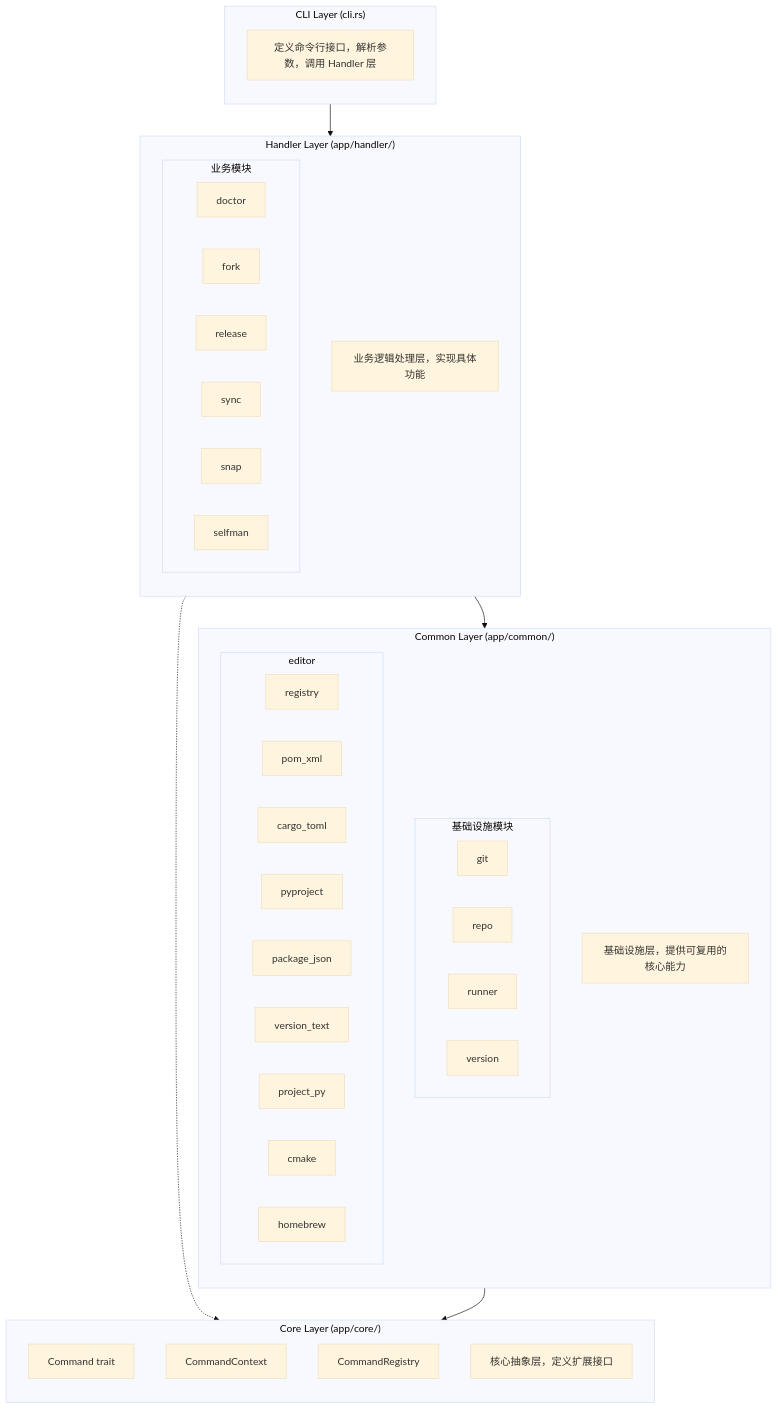
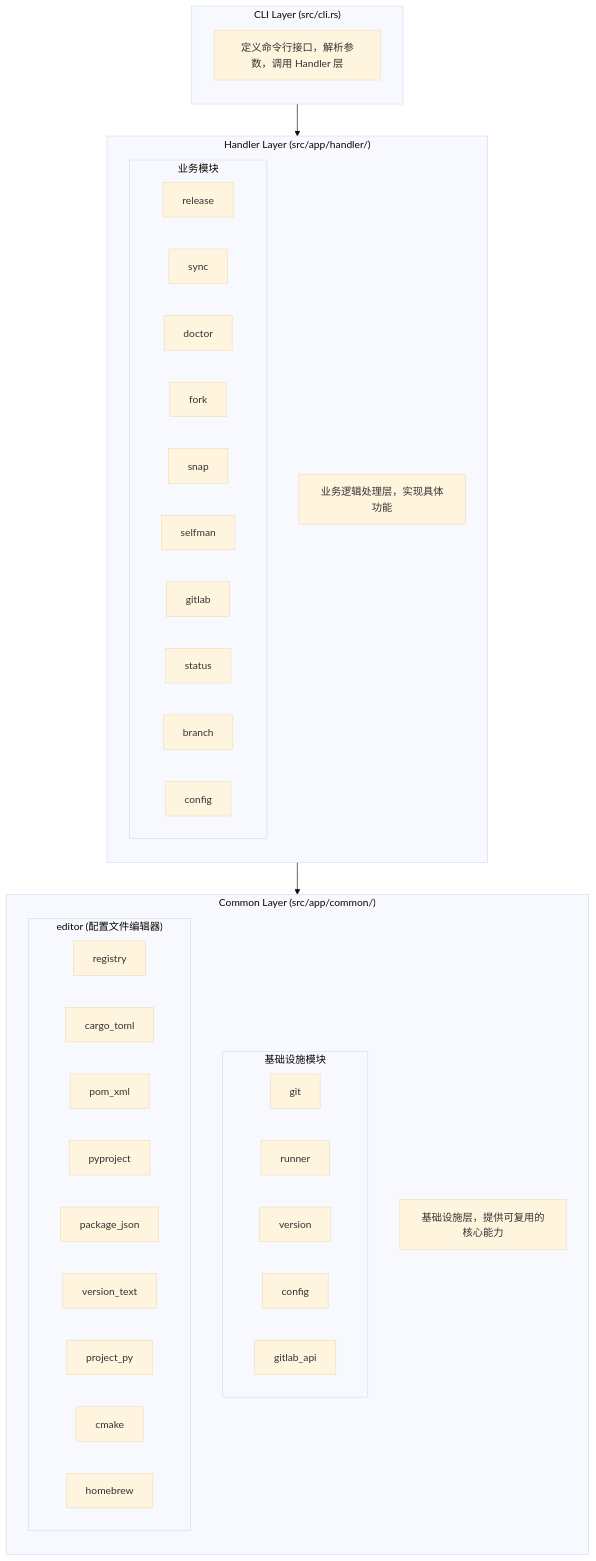
Before and after one commit to Jeanhwea/project-manager-app: the first of 9 diagrams in docs/architecture.md, drawn with Mermaid (base theme). The commit also changed other lines of this file, not shown here.

````diff
--- a/docs/architecture.md
+++ b/docs/architecture.md
@@ -9,55 +9,50 @@
 ```mermaid
 flowchart TB
-    subgraph CLI["CLI Layer (cli.rs)"]
+    subgraph CLI["CLI Layer (src/cli.rs)"]
         direction TB
         CLI_DESC["定义命令行接口，解析参数，调用 Handler 层"]
     end
 
-    subgraph Handler["Handler Layer (app/handler/)"]
+    subgraph Handler["Handler Layer (src/app/handler/)"]
         direction TB
         subgraph H1["业务模块"]
+            release["release"]
+            sync["sync"]
             doctor["doctor"]
             fork["fork"]
-            release["release"]
-            sync["sync"]
             snap["snap"]
             selfman["selfman"]
+            gitlab["gitlab"]
+            status["status"]
+            branch["branch"]
+            config["config"]
         end
         HANDLER_DESC["业务逻辑处理层，实现具体功能"]
     end
 
-    subgraph Common["Common Layer (app/common/)"]
+    subgraph Common["Common Layer (src/app/common/)"]
         direction TB
         subgraph C1["基础设施模块"]
             git["git"]
-            repo["repo"]
             runner["runner"]
             version["version"]
+            config_mod["config"]
+            gitlab_api["gitlab_api"]
         end
-        subgraph C2["editor"]
+        subgraph C2["editor (配置文件编辑器)"]
             registry["registry"]
+            cargo_toml["cargo_toml"]
             pom_xml["pom_xml"]
-            cargo_toml["cargo_toml"]
             pyproject["pyproject"]
             package_json["package_json"]
             version_text["version_text"]
             project_py["project_py"]
             cmake["cmake"]
             homebrew["homebrew"]
         end
         COMMON_DESC["基础设施层，提供可复用的核心能力"]
     end
 
-    subgraph Core["Core Layer (app/core/)"]
-        direction TB
-        command["Command trait"]
-        context["CommandContext"]
-        cmd_registry["CommandRegistry"]
-        CORE_DESC["核心抽象层，定义扩展接口"]
-    end
-
     CLI --> Handler
     Handler --> Common
-    Handler -.-> Core
-    Common --> Core
 ```
````
